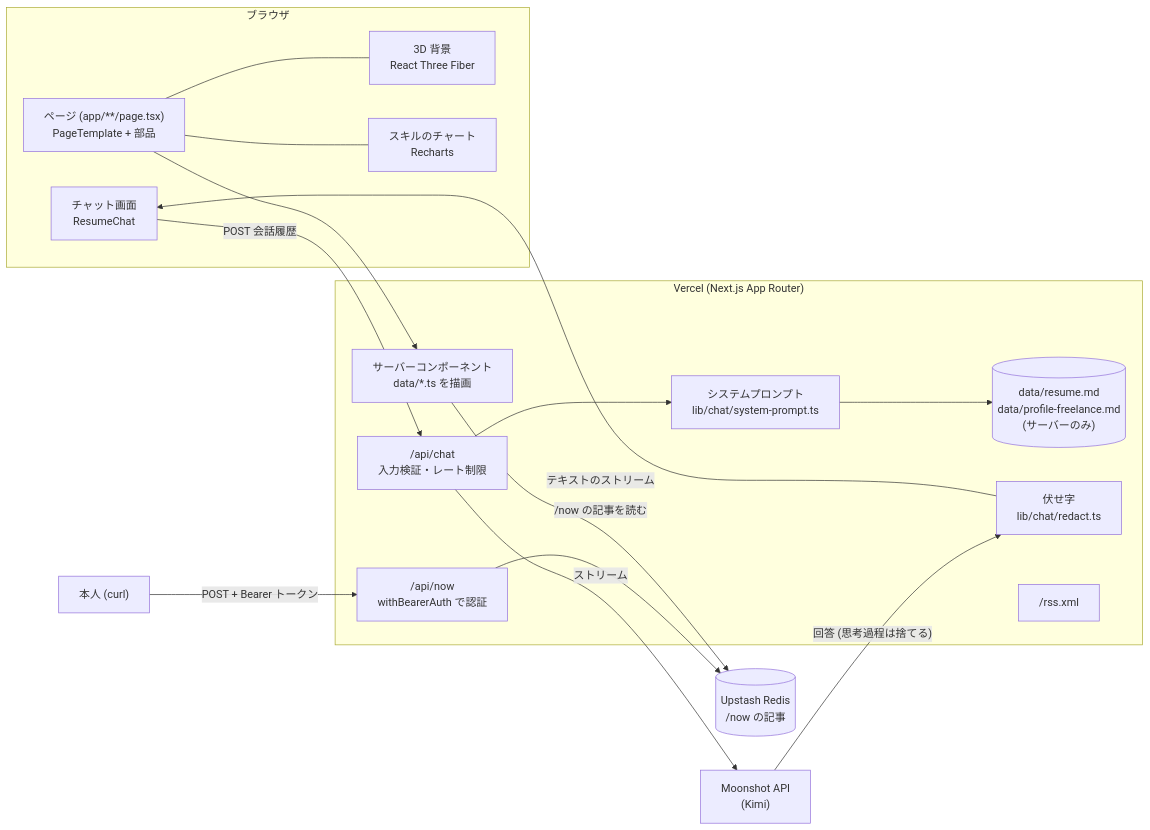
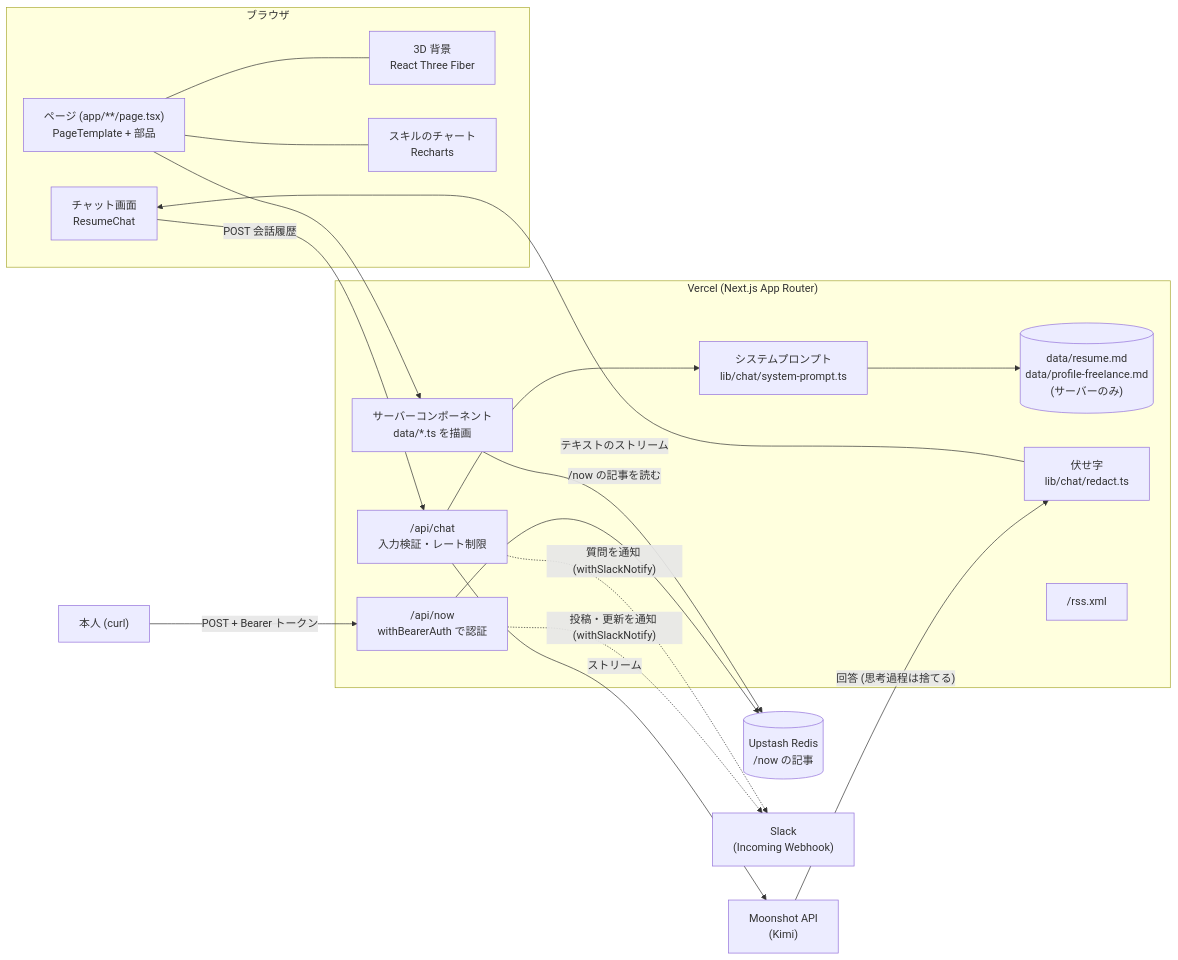
Before and after one commit to reeschan/my-portfolio-second: the first of 2 diagrams in README.md, drawn with Mermaid. The commit also changed other lines of this file and 21 other files, not shown here.

First line of the commit message:
feat: /now の投稿・更新と AI チャットへの質問を Slack に通知する (PBI-0005)

````diff
--- a/README.md
+++ b/README.md
@@ -25,37 +25,40 @@
 ```mermaid
 flowchart LR
   subgraph Browser["ブラウザ"]
     UI["ページ (app/**/page.tsx)<br/>PageTemplate + 部品"]
     BG["3D 背景<br/>React Three Fiber"]
     Chart["スキルのチャート<br/>Recharts"]
     ChatUI["チャット画面<br/>ResumeChat"]
   end
 
   subgraph Vercel["Vercel (Next.js App Router)"]
     RSC["サーバーコンポーネント<br/>data/*.ts を描画"]
     ChatAPI["/api/chat<br/>入力検証・レート制限"]
     Prompt["システムプロンプト<br/>lib/chat/system-prompt.ts"]
     Docs[("data/resume.md<br/>data/profile-freelance.md<br/>(サーバーのみ)")]
     Redact["伏せ字<br/>lib/chat/redact.ts"]
     RSS["/rss.xml"]
     NowAPI["/api/now<br/>withBearerAuth で認証"]
   end
 
   Redis[("Upstash Redis<br/>/now の記事")]
   Author["本人 (curl)"]
 
   LLM["Moonshot API<br/>(Kimi)"]
+  Slack["Slack<br/>(Incoming Webhook)"]
 
   UI --> RSC
   UI --- BG
   UI --- Chart
   ChatUI -- "POST 会話履歴" --> ChatAPI
   ChatAPI --> Prompt
   Prompt --> Docs
   ChatAPI -- "ストリーム" --> LLM
   LLM -- "回答 (思考過程は捨てる)" --> Redact
   Redact -- "テキストのストリーム" --> ChatUI
   Author -- "POST + Bearer トークン" --> NowAPI
   NowAPI --> Redis
   RSC -- "/now の記事を読む" --> Redis
+  NowAPI -. "投稿・更新を通知 (withSlackNotify)" .-> Slack
+  ChatAPI -. "質問を通知 (withSlackNotify)" .-> Slack
 ```
````
